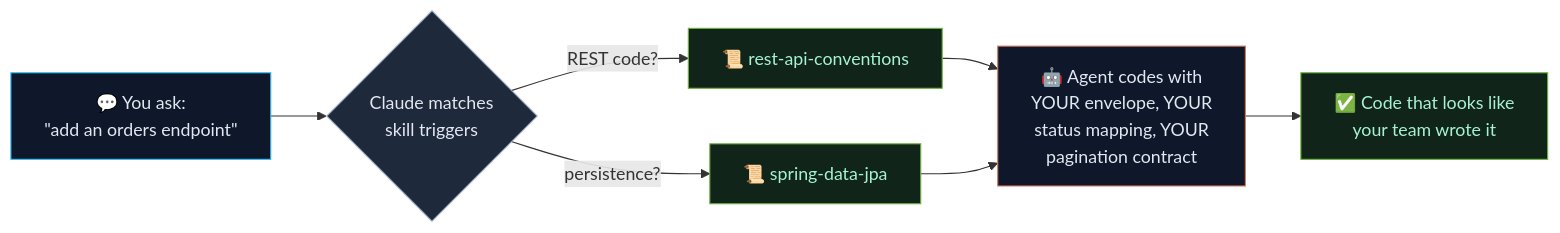
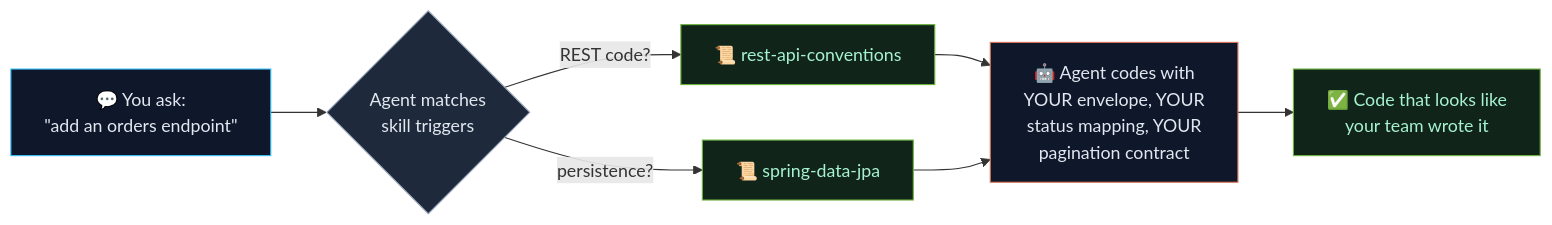
One commit to rrezartprebreza/spring-boot-skills changed the diagram in README.md. Above: the diagram before and after it, drawn with Mermaid. The commit also changed other lines of this file and 1 other file, not shown here.

````diff
--- a/README.md
+++ b/README.md
@@ -38,16 +39,16 @@
 ```mermaid
 flowchart LR
-    A["💬 You ask:<br/>&quot;add an orders endpoint&quot;"] --> B{Claude matches<br/>skill triggers}
+    A["💬 You ask:<br/>&quot;add an orders endpoint&quot;"] --> B{Agent matches<br/>skill triggers}
     B -->|"REST code?"| C["📜 rest-api-conventions"]
     B -->|"persistence?"| D["📜 spring-data-jpa"]
     C --> E["🤖 Agent codes with<br/>YOUR envelope, YOUR<br/>status mapping, YOUR<br/>pagination contract"]
     D --> E
     E --> F["✅ Code that looks like<br/>your team wrote it"]
 
     style A fill:#0f172a,stroke:#38bdf8,color:#e2e8f0
     style B fill:#1e293b,stroke:#94a3b8,color:#e2e8f0
     style C fill:#10241a,stroke:#6DB33F,color:#a7f3d0
     style D fill:#10241a,stroke:#6DB33F,color:#a7f3d0
     style E fill:#0f172a,stroke:#d97757,color:#e2e8f0
     style F fill:#10241a,stroke:#6DB33F,color:#a7f3d0
 ```
````
